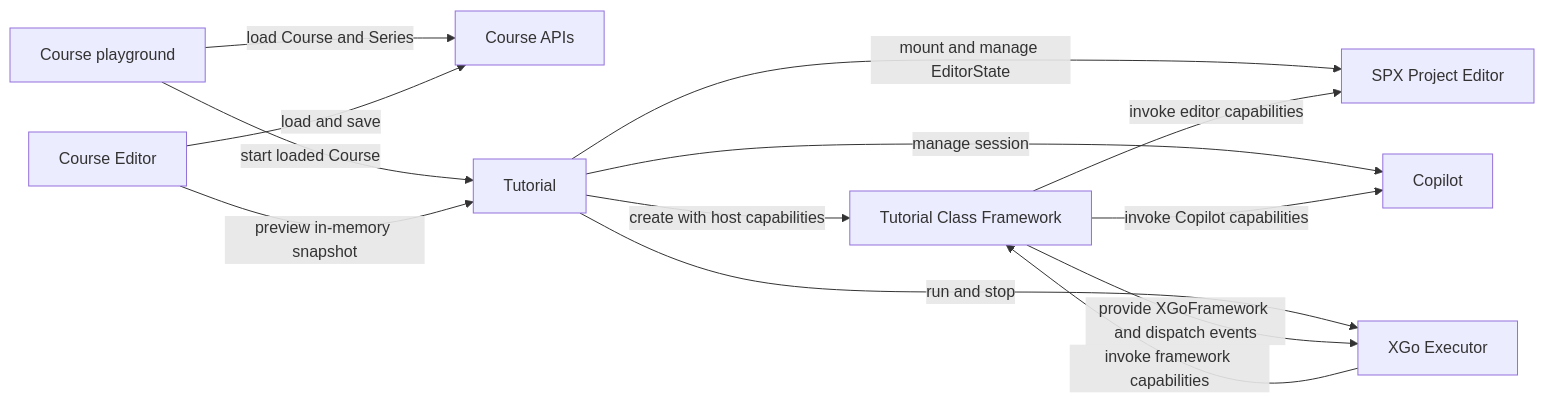
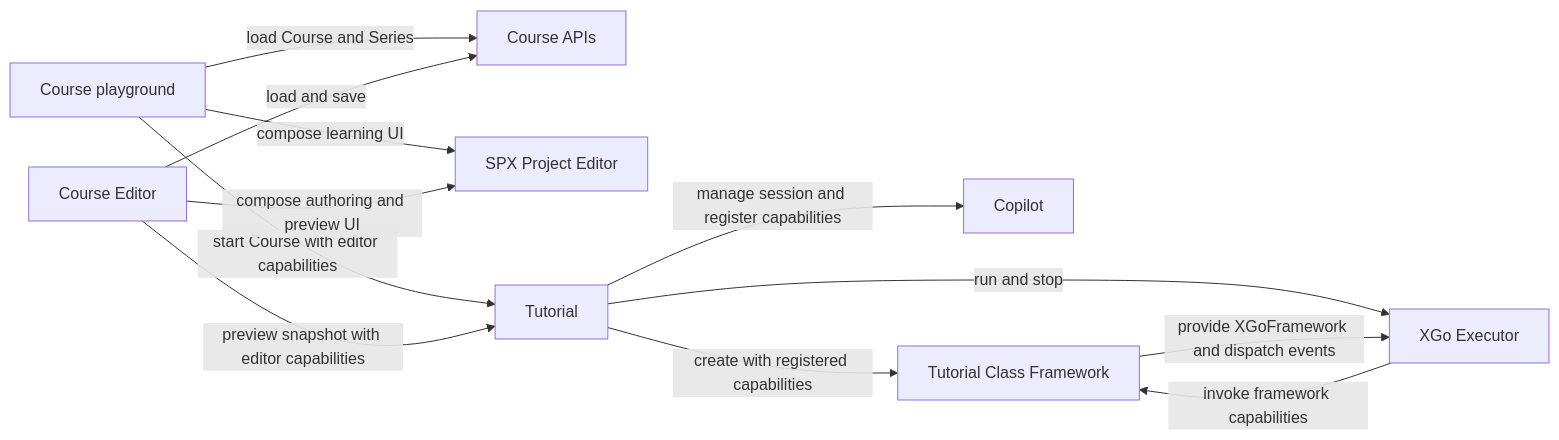
One commit to nighca/goplus-builder changed the diagram in docs/develop/playground-course/index.md. Above: the diagram before and after it, drawn with Mermaid. The commit also changed other lines of this file, not shown here.

Commit message:
docs: correct playground module ownership

````diff
--- a/docs/develop/playground-course/index.md
+++ b/docs/develop/playground-course/index.md
@@ -93,18 +93,17 @@
 ```mermaid
 flowchart LR
     CoursePlayground["Course playground"] -->|load Course and Series| CourseApis["Course APIs"]
-    CoursePlayground -->|start loaded Course| Tutorial
+    CoursePlayground -->|compose learning UI| ProjectEditor["SPX Project Editor"]
+    CoursePlayground -->|start Course with editor capabilities| Tutorial
 
     CourseEditor["Course Editor"] -->|load and save| CourseApis
-    CourseEditor -->|preview in-memory snapshot| Tutorial
+    CourseEditor -->|compose authoring and preview UI| ProjectEditor
+    CourseEditor -->|preview snapshot with editor capabilities| Tutorial
 
-    Tutorial -->|mount and manage EditorState| ProjectEditor["SPX Project Editor"]
-    Tutorial -->|manage session| Copilot
-    Tutorial -->|create with host capabilities| Framework["Tutorial Class Framework"]
+    Tutorial -->|manage session and register capabilities| Copilot
+    Tutorial -->|create with registered capabilities| Framework["Tutorial Class Framework"]
     Tutorial -->|run and stop| Executor["XGo Executor"]
 
     Framework -->|provide XGoFramework and dispatch events| Executor
     Executor -->|invoke framework capabilities| Framework
-    Framework -->|invoke editor capabilities| ProjectEditor
-    Framework -->|invoke Copilot capabilities| Copilot
 ```
````
